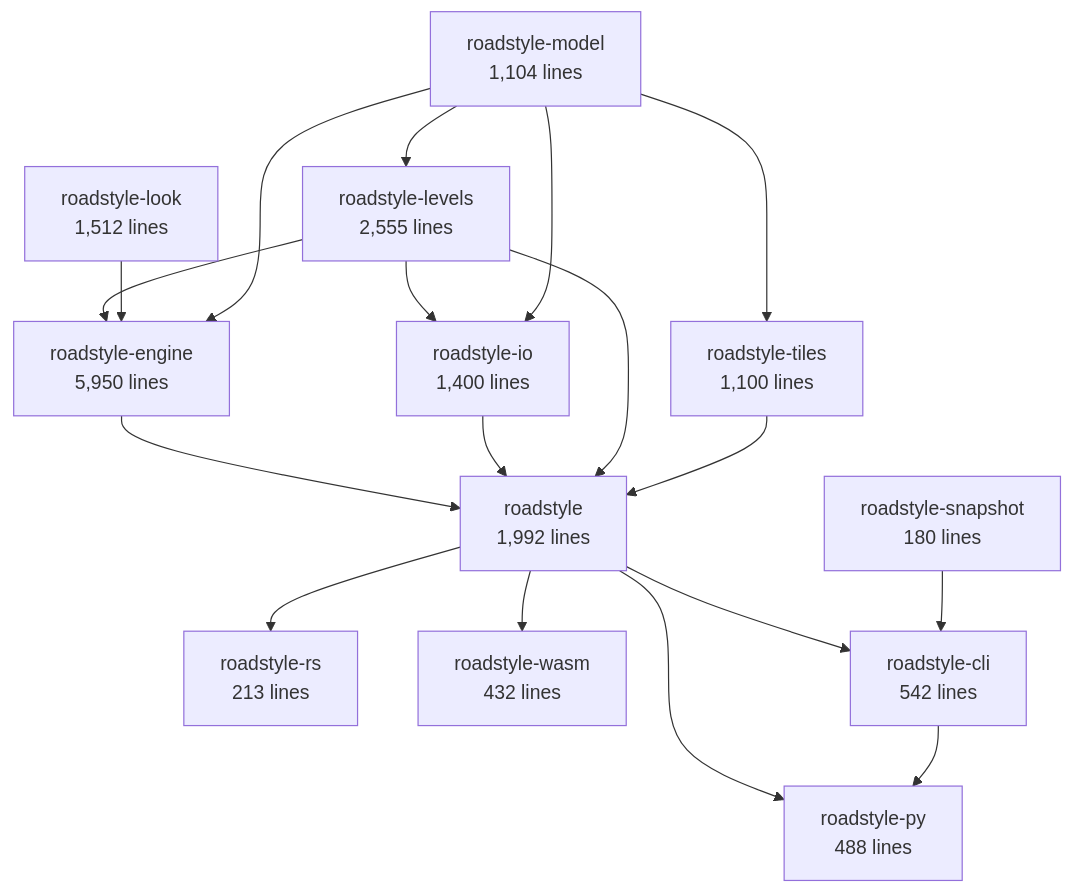
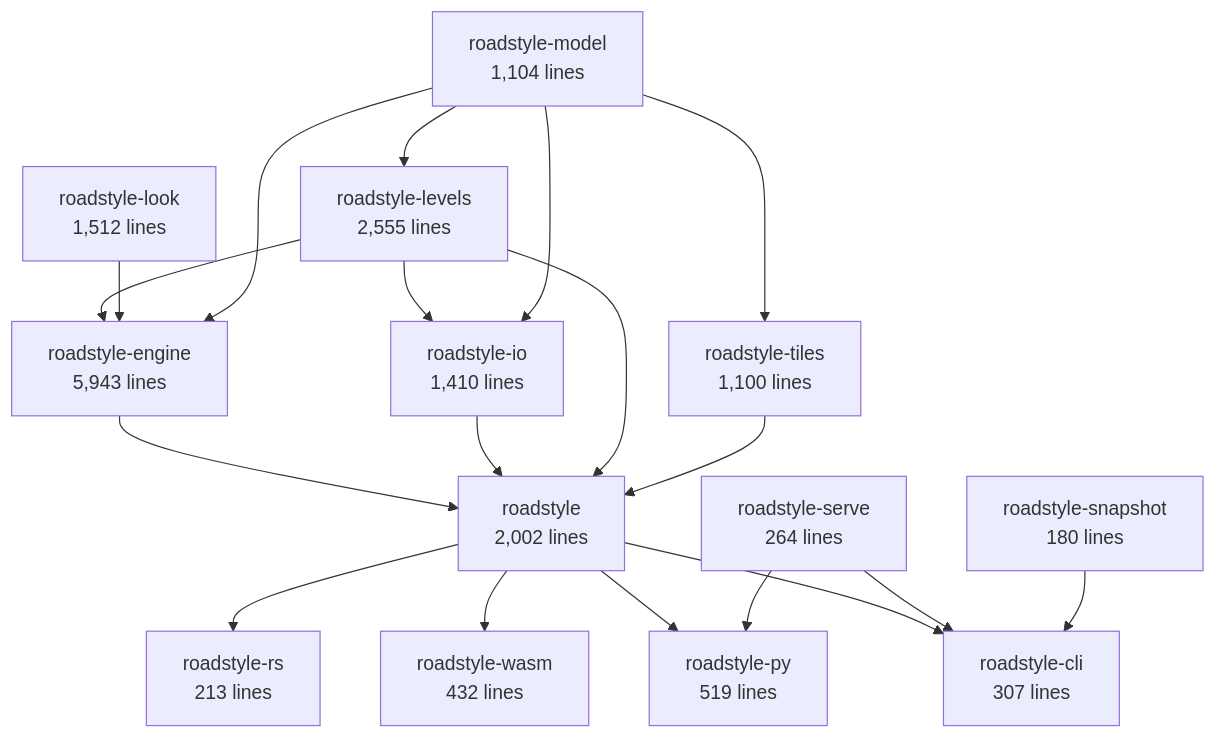
One commit to Khoshkhah/roadstyle changed the second of 6 diagrams in docs/rust/architecture.md. Above: the diagram before and after it, drawn with Mermaid. The commit also changed other lines of this file and 12 other files, not shown here.

First line of the commit message:
serve is a crate of its own, roadstyle-serve; httparse parses the request (audit N17)

````diff
--- a/docs/rust/architecture.md
+++ b/docs/rust/architecture.md
@@ -70,32 +70,34 @@
 ```mermaid
 flowchart TB
     roadstyle_model["roadstyle-model<br/>1,104 lines"]
     roadstyle_look["roadstyle-look<br/>1,512 lines"]
-    roadstyle_io["roadstyle-io<br/>1,400 lines"]
+    roadstyle_io["roadstyle-io<br/>1,410 lines"]
     roadstyle_levels["roadstyle-levels<br/>2,555 lines"]
-    roadstyle_engine["roadstyle-engine<br/>5,950 lines"]
+    roadstyle_engine["roadstyle-engine<br/>5,943 lines"]
     roadstyle_tiles["roadstyle-tiles<br/>1,100 lines"]
-    roadstyle["roadstyle<br/>1,992 lines"]
+    roadstyle["roadstyle<br/>2,002 lines"]
     roadstyle_rs["roadstyle-rs<br/>213 lines"]
     roadstyle_wasm["roadstyle-wasm<br/>432 lines"]
-    roadstyle_py["roadstyle-py<br/>488 lines"]
-    roadstyle_cli["roadstyle-cli<br/>542 lines"]
+    roadstyle_py["roadstyle-py<br/>519 lines"]
+    roadstyle_cli["roadstyle-cli<br/>307 lines"]
+    roadstyle_serve["roadstyle-serve<br/>264 lines"]
     roadstyle_snapshot["roadstyle-snapshot<br/>180 lines"]
     roadstyle_levels --> roadstyle_io
     roadstyle_model --> roadstyle_io
     roadstyle_model --> roadstyle_levels
     roadstyle_levels --> roadstyle_engine
     roadstyle_look --> roadstyle_engine
     roadstyle_model --> roadstyle_engine
     roadstyle_model --> roadstyle_tiles
     roadstyle_engine --> roadstyle
     roadstyle_io --> roadstyle
     roadstyle_levels --> roadstyle
     roadstyle_tiles --> roadstyle
     roadstyle --> roadstyle_rs
     roadstyle --> roadstyle_wasm
     roadstyle --> roadstyle_py
-    roadstyle_cli --> roadstyle_py
+    roadstyle_serve --> roadstyle_py
     roadstyle --> roadstyle_cli
+    roadstyle_serve --> roadstyle_cli
     roadstyle_snapshot --> roadstyle_cli
 ```
````
